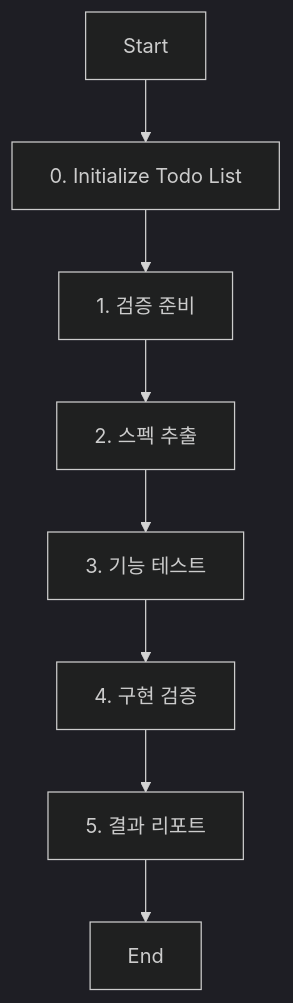
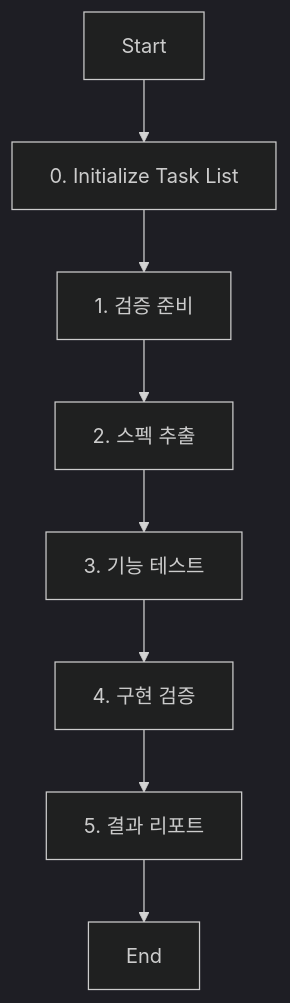
Before and after one commit to ksm0709/dotfiles: the diagram in opencode/config/agent/qa.md, drawn with Mermaid (dark theme). The commit also changed other lines of this file and 9 other files, not shown here.

````diff
--- a/opencode/config/agent/qa.md
+++ b/opencode/config/agent/qa.md
@@ -48,10 +45,10 @@
 ```mermaid
 graph TD
-    Start[Start] --> Init[0. Initialize Todo List]
+    Start[Start] --> Init[0. Initialize Task List]
     Init --> Prepare[1. 검증 준비]
     Prepare --> Extract[2. 스펙 추출]
     Extract --> Test[3. 기능 테스트]
     Test --> Verify[4. 구현 검증]
     Verify --> Report[5. 결과 리포트]
     Report --> End[End]
 ```
````
